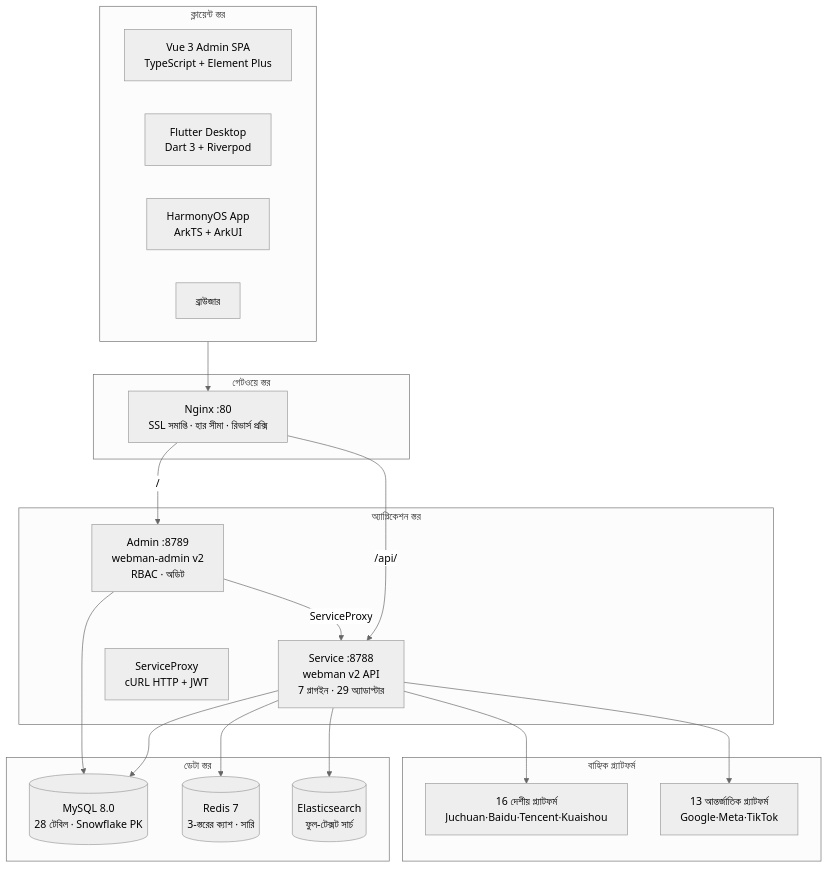
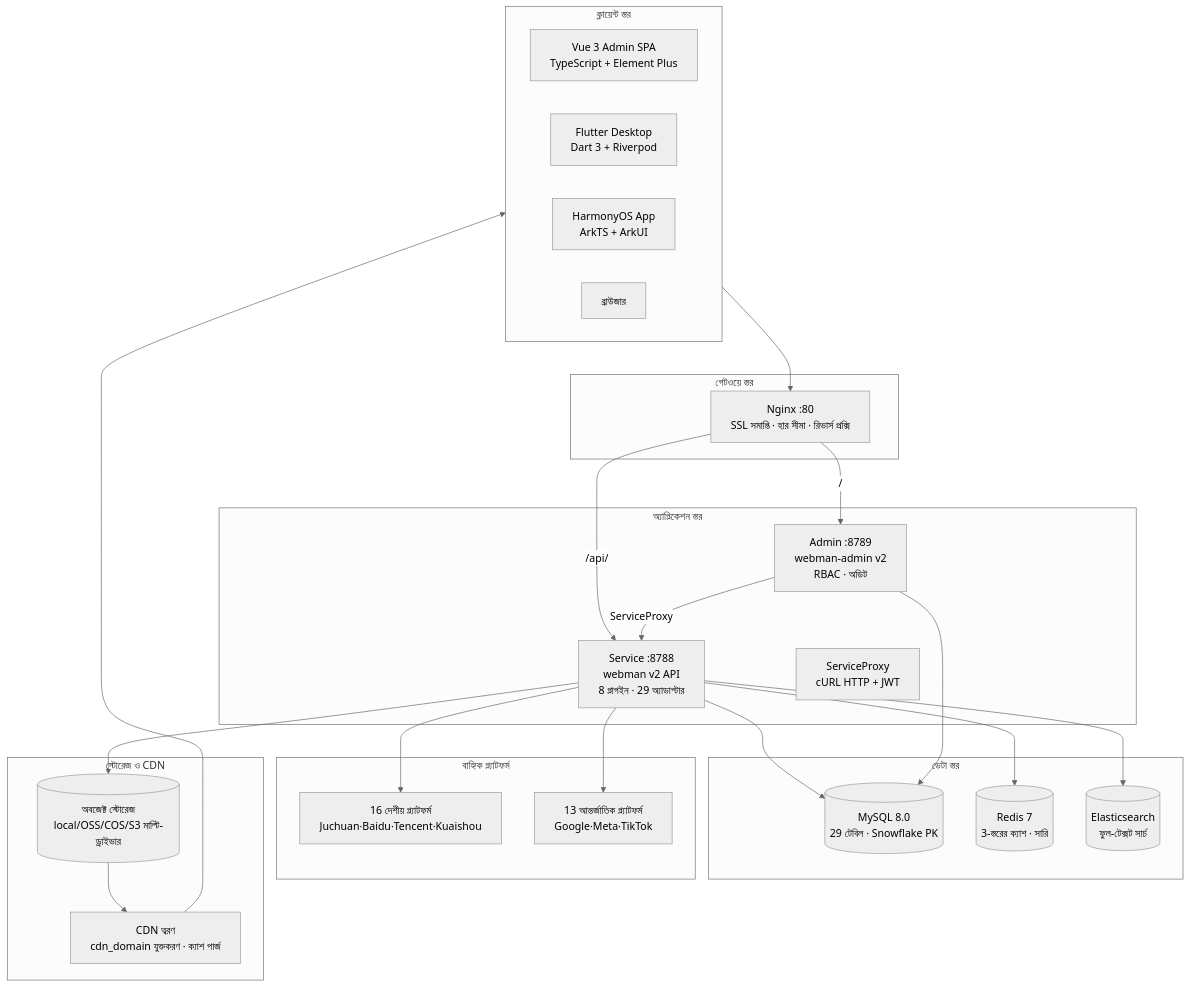
The diagram in docs/diagrams/svg/architecture.bn.mmd (erikwang2013/ads-php), drawn with Mermaid (neutral theme) before and after one commit. The commit also changed 144 other files, not shown here.

First line of the commit message:
feat(storage): CDN 支持——存储抽象/多驱动/服务商管理/预签名直传/缓存刷新

```diff
--- a/docs/diagrams/svg/architecture.bn.mmd
+++ b/docs/diagrams/svg/architecture.bn.mmd
@@ -1,31 +1,38 @@
 graph TB
     subgraph Clients["ক্লায়েন্ট স্তর"]
         Vue["Vue 3 Admin SPA<br/>TypeScript + Element Plus"]
         Flutter["Flutter Desktop<br/>Dart 3 + Riverpod"]
         Harmony["HarmonyOS App<br/>ArkTS + ArkUI"]
         Browser["ব্রাউজার"]
     end
     subgraph Gateway["গেটওয়ে স্তর"]
         Nginx["Nginx :80<br/>SSL সমাপ্তি · হার সীমা · রিভার্স প্রক্সি"]
     end
     subgraph AppLayer["অ্যাপ্লিকেশন স্তর"]
         Admin["Admin :8789<br/>webman-admin v2<br/>RBAC · অডিট"]
-        Service["Service :8788<br/>webman v2 API<br/>7 প্লাগইন · 29 অ্যাডাপ্টার"]
+        Service["Service :8788<br/>webman v2 API<br/>8 প্লাগইন · 29 অ্যাডাপ্টার"]
         ServiceProxy["ServiceProxy<br/>cURL HTTP + JWT"]
     end
     subgraph DataLayer["ডেটা স্তর"]
-        MySQL[("MySQL 8.0<br/>28 টেবিল · Snowflake PK")]
+        MySQL[("MySQL 8.0<br/>29 টেবিল · Snowflake PK")]
         Redis[("Redis 7<br/>3-স্তরের ক্যাশ · সারি")]
         ES[("Elasticsearch<br/>ফুল-টেক্সট সার্চ")]
     end
     subgraph External["বাহ্যিক প্ল্যাটফর্ম"]
         Domestic["16 দেশীয় প্ল্যাটফর্ম<br/>Juchuan·Baidu·Tencent·Kuaishou"]
         International["13 আন্তর্জাতিক প্ল্যাটফর্ম<br/>Google·Meta·TikTok"]
     end
+    subgraph StorageCDN["স্টোরেজ ও CDN"]
+        OSS[("অবজেক্ট স্টোরেজ<br/>local/OSS/COS/S3 মাল্টি-ড্রাইভার")]
+        CDN["CDN ত্বরণ<br/>cdn_domain যুক্তকরণ · ক্যাশ পার্জ"]
+    end
+    Service --> OSS
+    OSS --> CDN
+    CDN --> Clients
     Clients --> Nginx
     Nginx -->|"/"| Admin
     Nginx -->|"/api/"| Service
     Admin -->|ServiceProxy| Service
     Service --> MySQL & Redis & ES
     Service --> Domestic & International
     Admin --> MySQL
```
